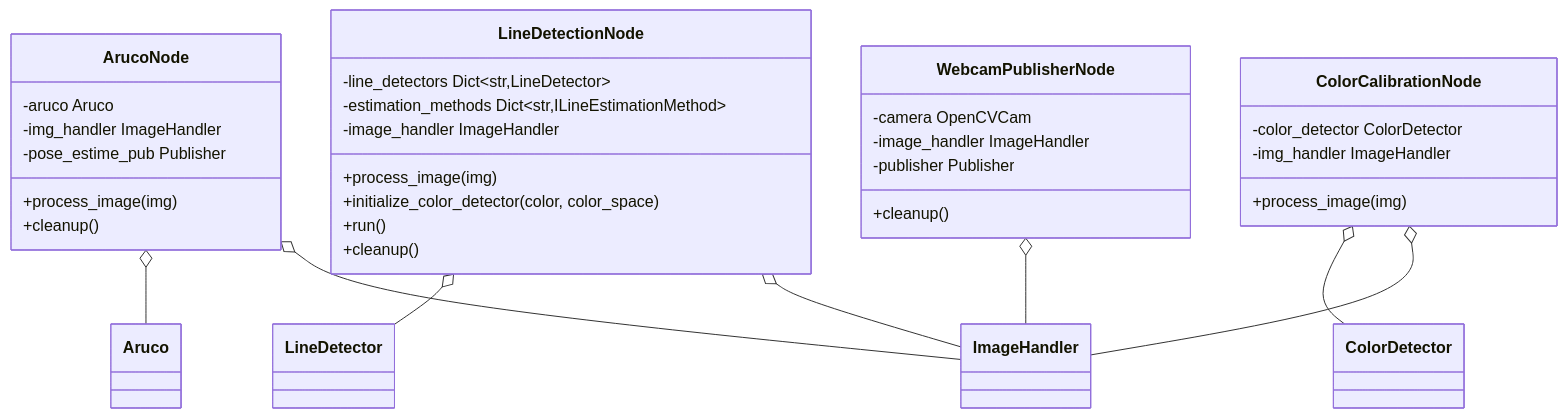
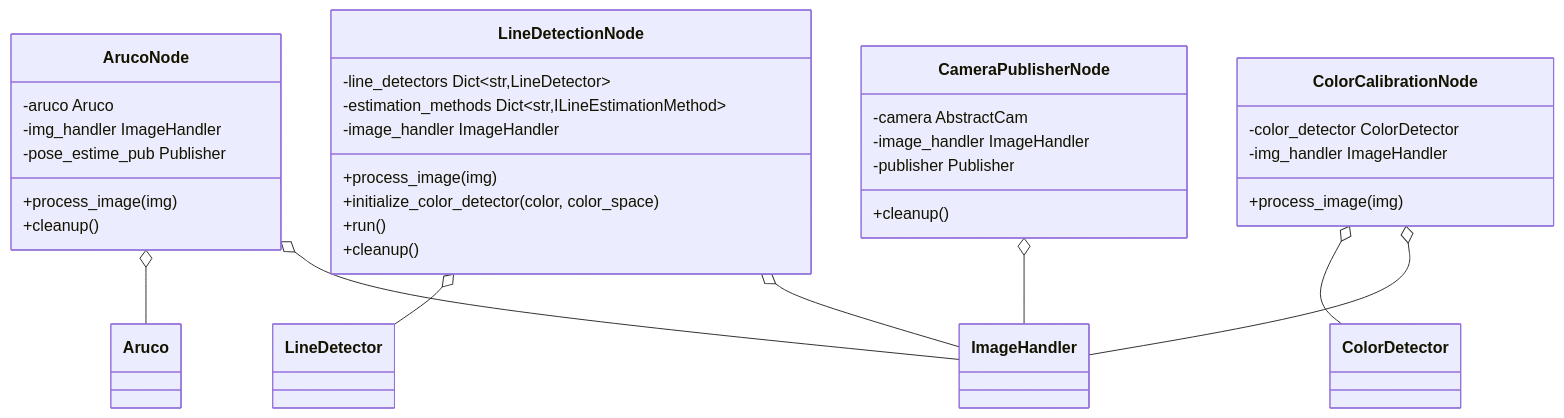
One commit to Black-Bee-Drones/nectar-sdk changed the sixth of 6 diagrams in nectar/nectar/vision/README.md. Above: the diagram before and after it, drawn with Mermaid. The commit also changed other lines of this file and 22 other files, not shown here.

````diff
--- a/nectar/nectar/vision/README.md
+++ b/nectar/nectar/vision/README.md
@@ -1120,41 +1120,41 @@
 ```mermaid
 classDiagram
     class ArucoNode {
         -aruco Aruco
         -img_handler ImageHandler
         -pose_estime_pub Publisher
         +process_image(img)
         +cleanup()
     }
 
     class LineDetectionNode {
         -line_detectors Dict~str,LineDetector~
         -estimation_methods Dict~str,ILineEstimationMethod~
         -image_handler ImageHandler
         +process_image(img)
         +initialize_color_detector(color, color_space)
         +run()
         +cleanup()
     }
 
     class ColorCalibrationNode {
         -color_detector ColorDetector
         -img_handler ImageHandler
         +process_image(img)
     }
 
-    class WebcamPublisherNode {
-        -camera OpenCVCam
+    class CameraPublisherNode {
+        -camera AbstractCam
         -image_handler ImageHandler
         -publisher Publisher
         +cleanup()
     }
 
     ArucoNode o-- Aruco
     ArucoNode o-- ImageHandler
     LineDetectionNode o-- LineDetector
     LineDetectionNode o-- ImageHandler
     ColorCalibrationNode o-- ColorDetector
     ColorCalibrationNode o-- ImageHandler
-    WebcamPublisherNode o-- ImageHandler
+    CameraPublisherNode o-- ImageHandler
 ```
````
